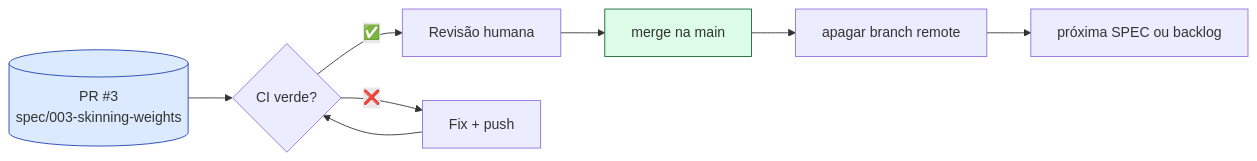
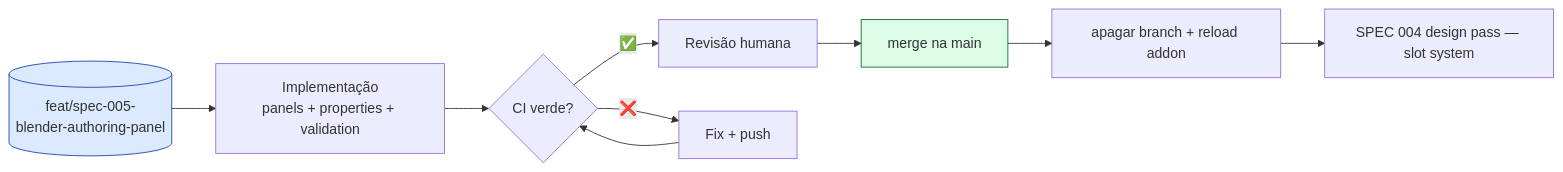
The third of 5 diagrams in STATUS.md (Space-Wizard-Studios/firebound-proscenio), drawn with Mermaid before and after one commit. The commit also changed other lines of this file and 6 other files, not shown here.

First line of the commit message:
docs(specs): introduce SPEC 004 placeholder and SPEC 005 design pass

````diff
--- a/STATUS.md
+++ b/STATUS.md
@@ -117,14 +117,15 @@
 ```mermaid
 flowchart LR
-    PR[("PR #3<br/>spec/003-skinning-weights")]
-    PR --> CI{CI verde?}
+    BR[("feat/spec-005-<br/>blender-authoring-panel")]
+    BR --> IMPL[Implementação<br/>panels + properties + validation]
+    IMPL --> CI{CI verde?}
     CI -->|✅| REVIEW[Revisão humana]
     CI -->|❌| FIX[Fix + push]
     FIX --> CI
     REVIEW --> MERGE[merge na main]
-    MERGE --> DEL[apagar branch remote]
-    DEL --> NEXT[próxima SPEC ou backlog]
+    MERGE --> DEL[apagar branch + reload addon]
+    DEL --> NEXT[SPEC 004 design pass — slot system]
 
-    style PR fill:#dbeafe,stroke:#1e40af
+    style BR fill:#dbeafe,stroke:#1e40af
     style MERGE fill:#dcfce7,stroke:#166534
 ```
````
